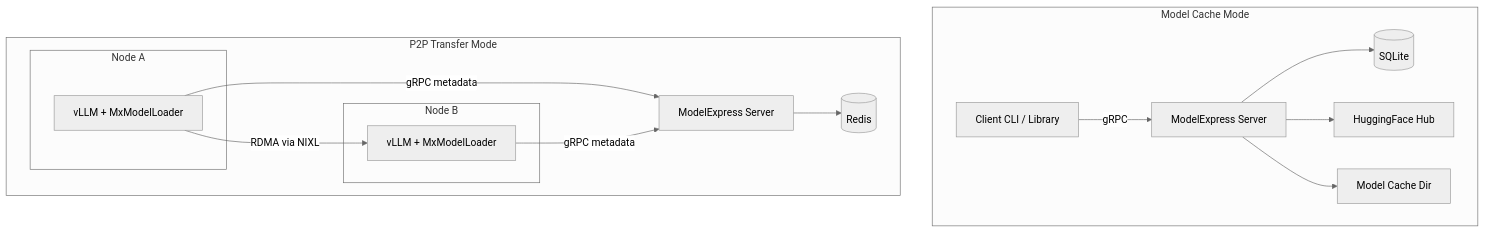
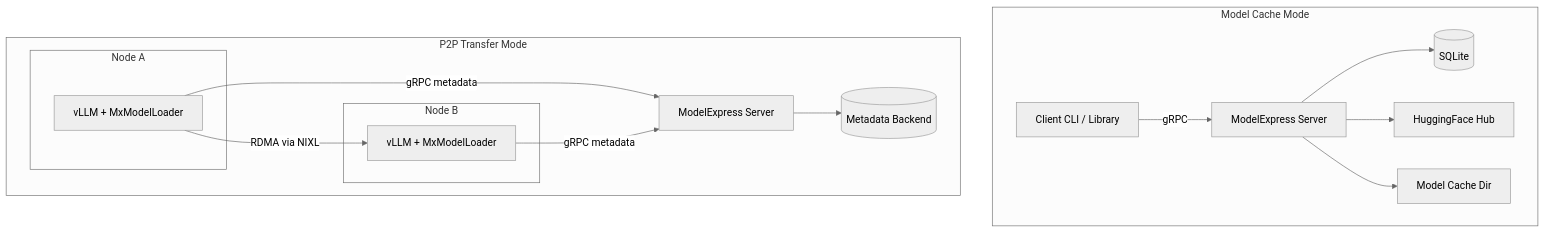
The first of 2 diagrams in docs/ARCHITECTURE.md (ai-dynamo/modelexpress), drawn with Mermaid (neutral theme) before and after one commit. The commit also changed other lines of this file and 36 other files, not shown here.

````diff
--- a/docs/ARCHITECTURE.md
+++ b/docs/ARCHITECTURE.md
@@ -26,22 +26,22 @@
 ```mermaid
 graph TD
     subgraph "Model Cache Mode"
         C1[Client CLI / Library] -->|gRPC| S1[ModelExpress Server]
         S1 --> DB[(SQLite)]
         S1 --> HF[HuggingFace Hub]
         S1 --> Cache[Model Cache Dir]
     end
 
     subgraph "P2P Transfer Mode"
         subgraph "Node A"
             A[vLLM + MxModelLoader]
         end
         subgraph "Node B"
             B[vLLM + MxModelLoader]
         end
         A -->|gRPC metadata| S2[ModelExpress Server]
         B -->|gRPC metadata| S2
-        S2 --> R[(Redis)]
+        S2 --> R[(Metadata Backend)]
         A -- "RDMA via NIXL" --> B
     end
 ```
````
